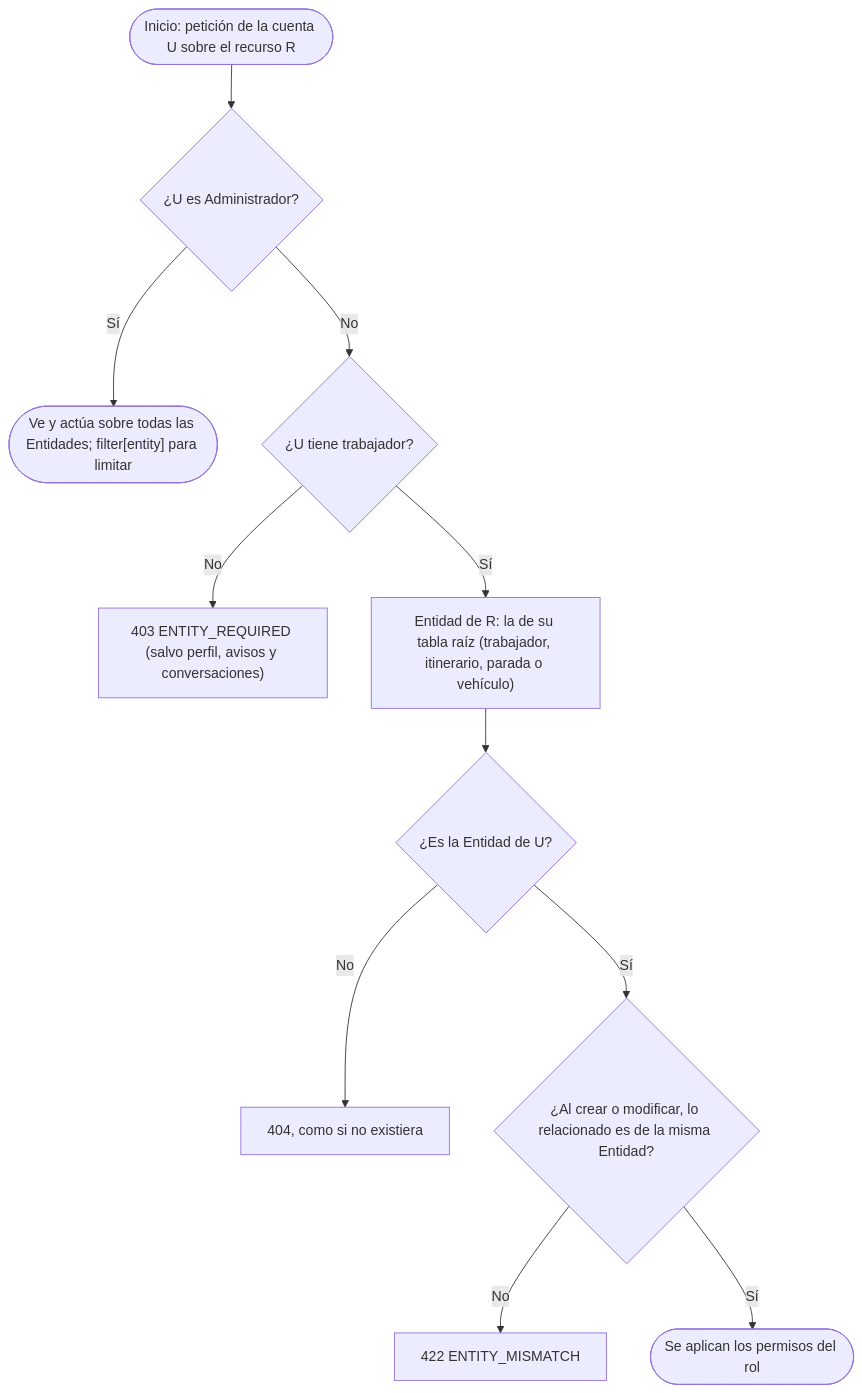
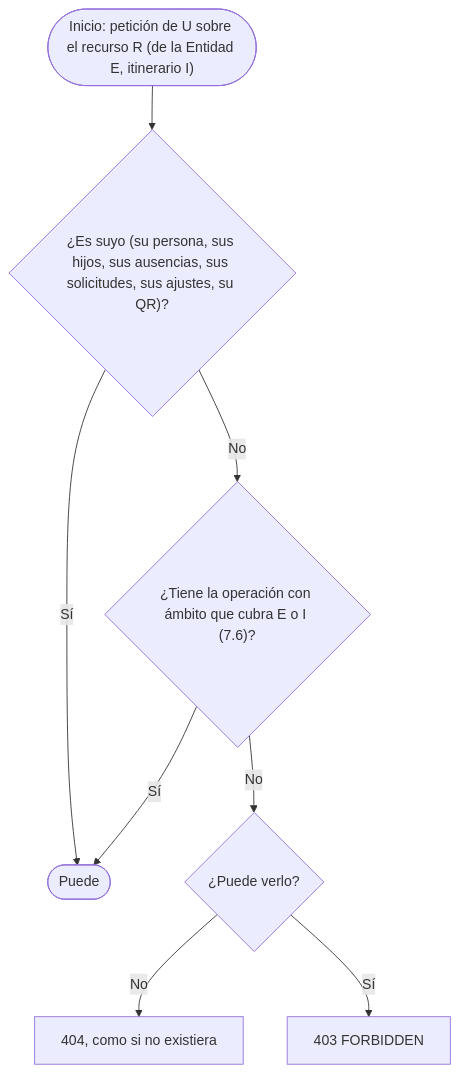
Before and after one commit to maicolalmaralestamayo/MiRuta: diagram 29 of 37 in docs/07-algoritmos.md, drawn with Mermaid. The commit also changed other lines of this file and 37 other files, not shown here.

First line of the commit message:
API 3.0 (parte B): QR desechable y QR impreso, subida con hijos y viajeros de fuera, alta con QR, estadísticas y documentación

````diff
--- a/docs/07-algoritmos.md
+++ b/docs/07-algoritmos.md
@@ -784,13 +768,10 @@
 ```mermaid
 flowchart TD
-    A(["Inicio: petición de la cuenta U sobre el recurso R"]) --> B{"¿U es Administrador?"}
-    B -->|Sí| OK(["Ve y actúa sobre todas las Entidades; filter[entity] para limitar"])
-    B -->|No| C{"¿U tiene trabajador?"}
-    C -->|No| X1["403 ENTITY_REQUIRED (salvo perfil, avisos y conversaciones)"]
-    C -->|Sí| D["Entidad de R: la de su tabla raíz (trabajador, itinerario, parada o vehículo)"]
-    D --> E{"¿Es la Entidad de U?"}
-    E -->|No| X2["404, como si no existiera"]
-    E -->|Sí| F{"¿Al crear o modificar, lo relacionado es de la misma Entidad?"}
-    F -->|No| X3["422 ENTITY_MISMATCH"]
-    F -->|Sí| OK2(["Se aplican los permisos del rol"])
+    A(["Inicio: petición de U sobre el recurso R (de la Entidad E, itinerario I)"]) --> B{"¿Es suyo (su persona, sus hijos, sus ausencias, sus solicitudes, sus ajustes, su QR)?"}
+    B -->|Sí| OK(["Puede"])
+    B -->|No| C{"¿Tiene la operación con ámbito que cubra E o I (7.6)?"}
+    C -->|Sí| OK
+    C -->|No| D{"¿Puede verlo?"}
+    D -->|No| X1["404, como si no existiera"]
+    D -->|Sí| X2["403 FORBIDDEN"]
 ```
````
